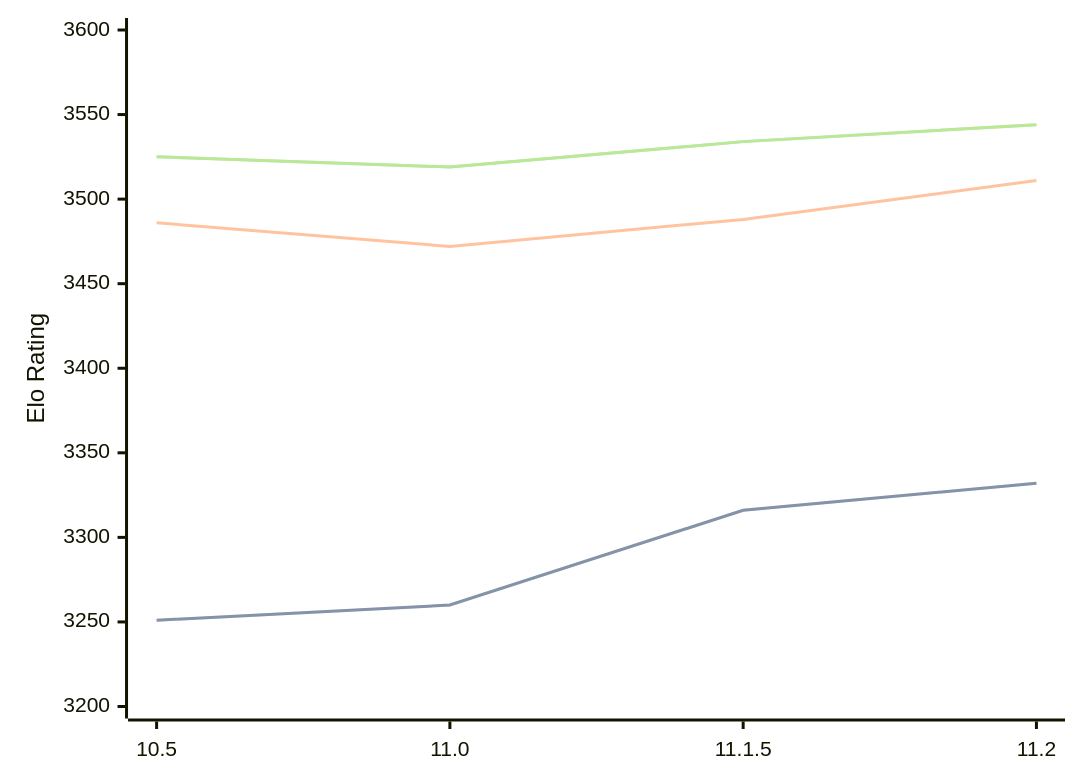
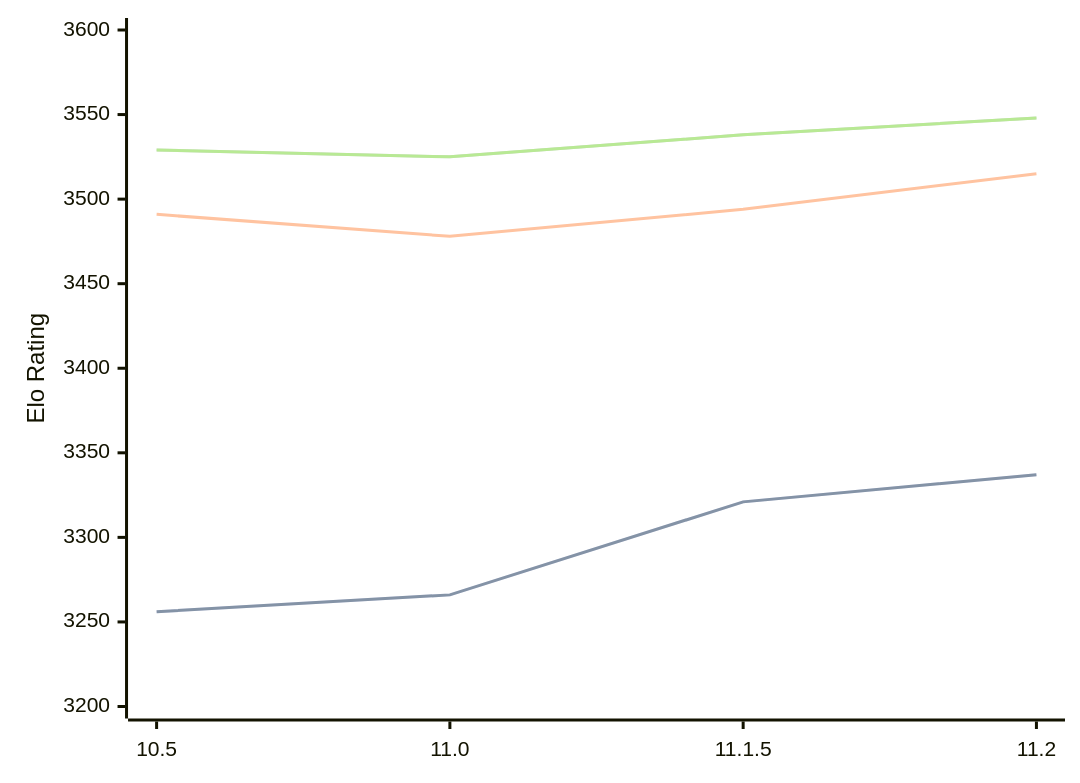
Before and after one commit to computer-chess-index/cci: the diagram in engines/Lizard.md, drawn with Mermaid. The commit also changed other lines of this file, not shown here.

Commit message:
Update CCI Ratings (ELO VLTC) - 2026-04-14

````diff
--- a/engines/Lizard.md
+++ b/engines/Lizard.md
@@ -46,11 +46,11 @@
 ```mermaid
 %%{init: {"theme":"base","themeVariables":{"seriesColors:['#a3a3a3','#222221','#faa371']}}}%%
 xychart-beta
   x-axis ["10.5", "11.0", "11.1.5", "11.2"]
   y-axis "Elo Rating" 3200 --> 3600
-  line "STC (8.0+0.08s)" [3251, 3260, 3316, 3332]
-  line "STC (8.0+0.08s)" [3251, 3260, 3316, 3332]
-  line "LTC (60.0+0.60s)" [3486, 3472, 3488, 3511]
-  line "VLTC (2m24s+1.12s)" [3525, 3519, 3534, 3544]
-  line "VLTC (2m24s+1.12s)" [3525, 3519, 3534, 3544]
+  line "STC (8.0+0.08s)" [3256, 3266, 3321, 3337]
+  line "STC (8.0+0.08s)" [3256, 3266, 3321, 3337]
+  line "LTC (60.0+0.60s)" [3491, 3478, 3494, 3515]
+  line "VLTC (2m24s+1.12s)" [3529, 3525, 3538, 3548]
+  line "VLTC (2m24s+1.12s)" [3529, 3525, 3538, 3548]
 ```
````
